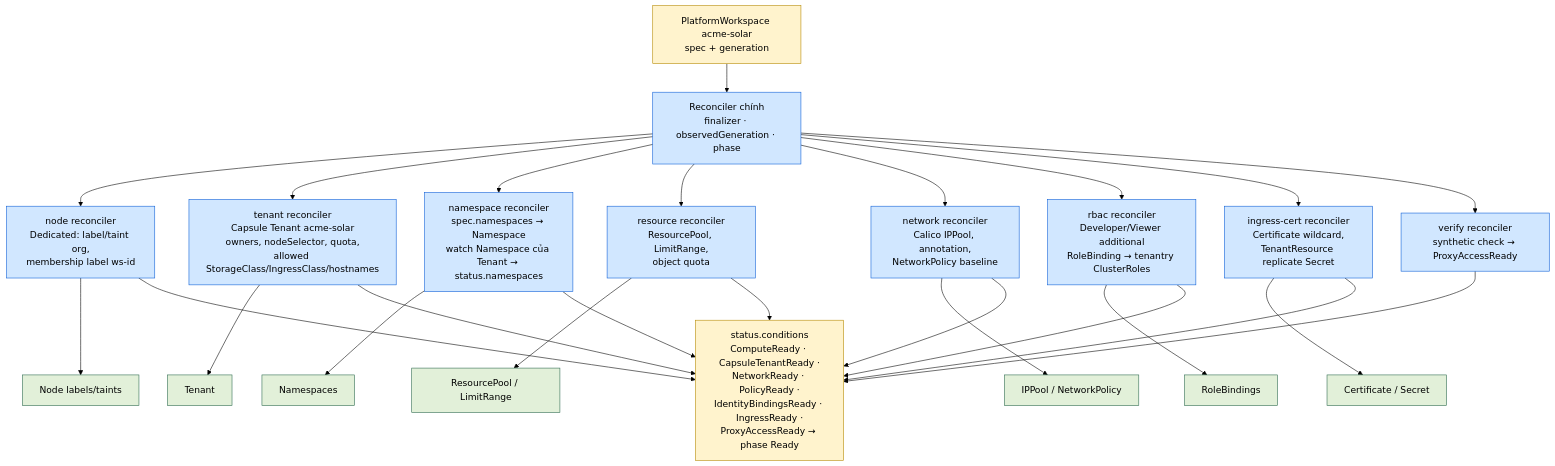
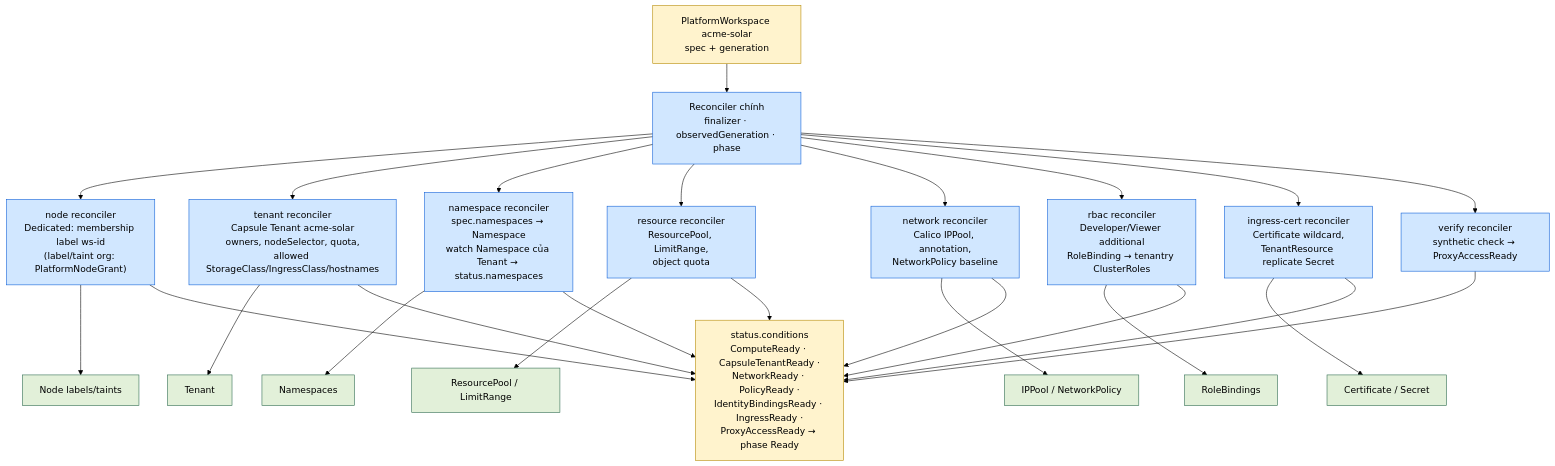
The fifth of 5 diagrams in docs/architecture/01-system-context.md (thaihoc1310/tenantry), drawn with Mermaid (forest theme) before and after one commit. The commit also changed other lines of this file and 12 other files, not shown here.

````diff
--- a/docs/architecture/01-system-context.md
+++ b/docs/architecture/01-system-context.md
@@ -272,38 +271,38 @@
 ```mermaid
 flowchart TB
   classDef in fill:#fff3cd,stroke:#b58900,color:#000
   classDef rec fill:#d1e7ff,stroke:#0b5ed7,color:#000
   classDef out fill:#e2f0d9,stroke:#2d6a4f,color:#000
 
   CR["PlatformWorkspace acme-solar<br/>spec + generation"]:::in
   Main["Reconciler chính<br/>finalizer · observedGeneration · phase"]:::rec
 
-  R1["node reconciler<br/>Dedicated: label/taint org,<br/>membership label ws-id"]:::rec
+  R1["node reconciler<br/>Dedicated: membership label ws-id<br/>(label/taint org: PlatformNodeGrant)"]:::rec
   R2["tenant reconciler<br/>Capsule Tenant acme-solar<br/>owners, nodeSelector, quota,<br/>allowed StorageClass/IngressClass/hostnames"]:::rec
   R3["namespace reconciler<br/>spec.namespaces → Namespace<br/>watch Namespace của Tenant → status.namespaces"]:::rec
   R4["resource reconciler<br/>ResourcePool, LimitRange,<br/>object quota"]:::rec
   R5["network reconciler<br/>Calico IPPool, annotation,<br/>NetworkPolicy baseline"]:::rec
   R6["rbac reconciler<br/>Developer/Viewer additional<br/>RoleBinding → tenantry ClusterRoles"]:::rec
   R7["ingress-cert reconciler<br/>Certificate wildcard,<br/>TenantResource replicate Secret"]:::rec
   R8["verify reconciler<br/>synthetic check → ProxyAccessReady"]:::rec
 
   O1["Node labels/taints"]:::out
   O2["Tenant"]:::out
   O3["Namespaces"]:::out
   O4["ResourcePool / LimitRange"]:::out
   O5["IPPool / NetworkPolicy"]:::out
   O6["RoleBindings"]:::out
   O7["Certificate / Secret"]:::out
   Status["status.conditions<br/>ComputeReady · CapsuleTenantReady ·<br/>NetworkReady · PolicyReady ·<br/>IdentityBindingsReady · IngressReady ·<br/>ProxyAccessReady → phase Ready"]:::in
 
   CR --> Main
   Main --> R1 --> O1
   Main --> R2 --> O2
   Main --> R3 --> O3
   Main --> R4 --> O4
   Main --> R5 --> O5
   Main --> R6 --> O6
   Main --> R7 --> O7
   Main --> R8
   R1 & R2 & R3 & R4 & R5 & R6 & R7 & R8 --> Status
 ```
````
